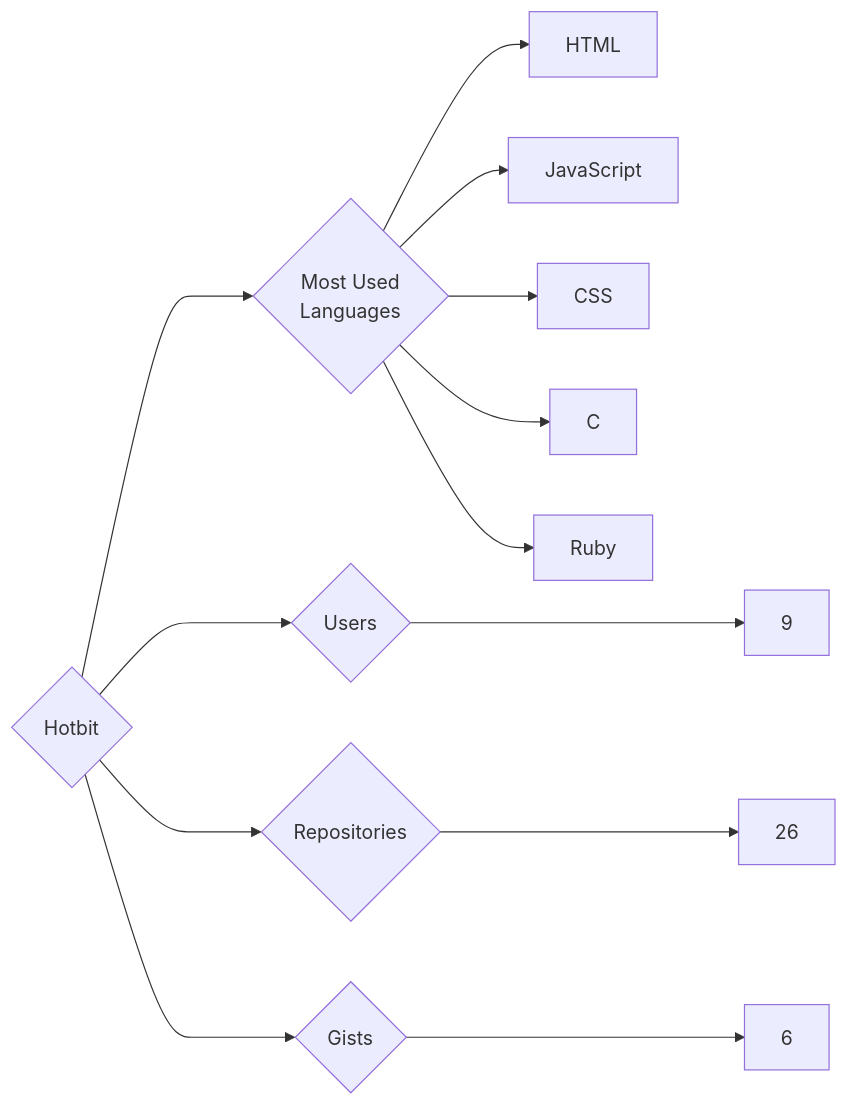
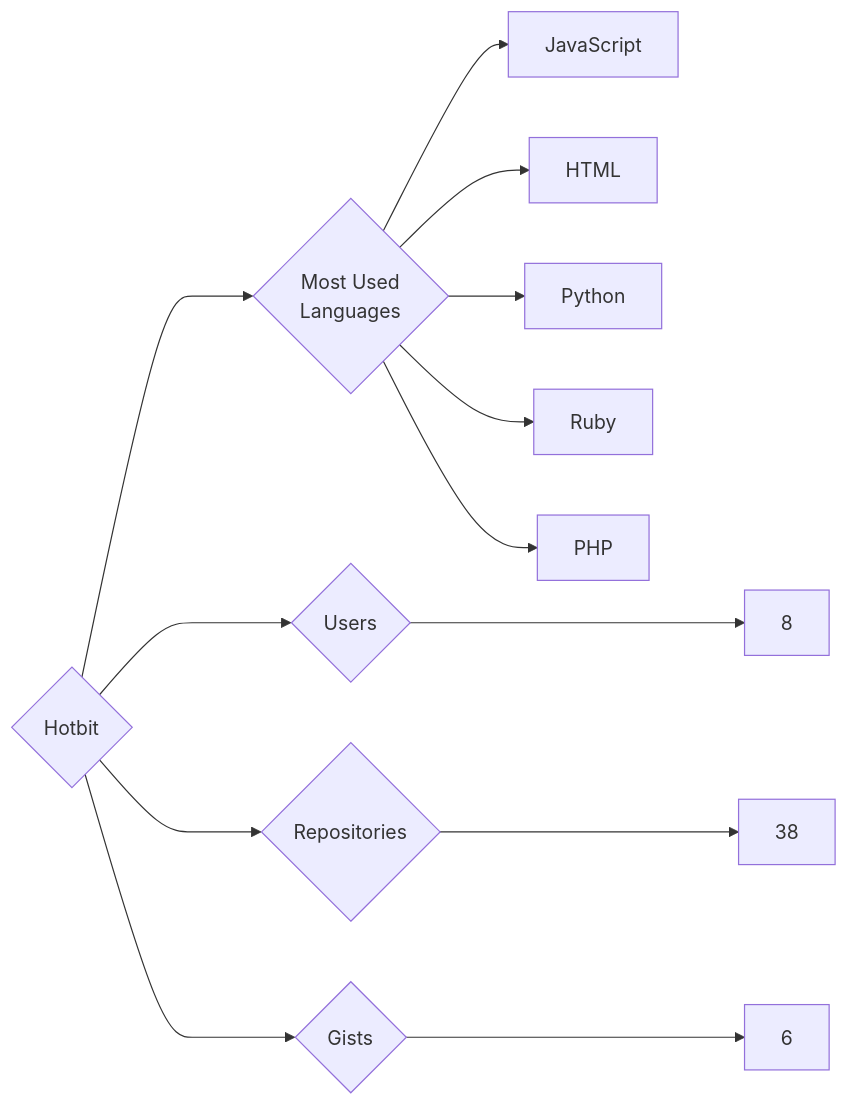
One commit to trickest/insiders changed the diagram in targets/Hotbit/README.md. Above: the diagram before and after it, drawn with Mermaid. The commit also changed 1007 other files, not shown here.

````diff
--- a/targets/Hotbit/README.md
+++ b/targets/Hotbit/README.md
@@ -3,13 +3,13 @@
 ```mermaid
 graph LR
 COMPANY_NAME{Hotbit}
-COMPANY_NAME ---> U{Users} ---> UN[9]
-COMPANY_NAME ---> R{Repositories} ---> RN[26]
+COMPANY_NAME ---> U{Users} ---> UN[8]
+COMPANY_NAME ---> R{Repositories} ---> RN[38]
 COMPANY_NAME ---> G{Gists} ---> GN[6]
 COMPANY_NAME ---> ML{Most Used<br>Languages}
+ML --> JavaScript[JavaScript]
 ML --> HTML[HTML]
-ML --> JavaScript[JavaScript]
-ML --> CSS[CSS]
-ML --> C[C]
+ML --> Python[Python]
 ML --> Ruby[Ruby]
+ML --> PHP[PHP]
 ```
````
